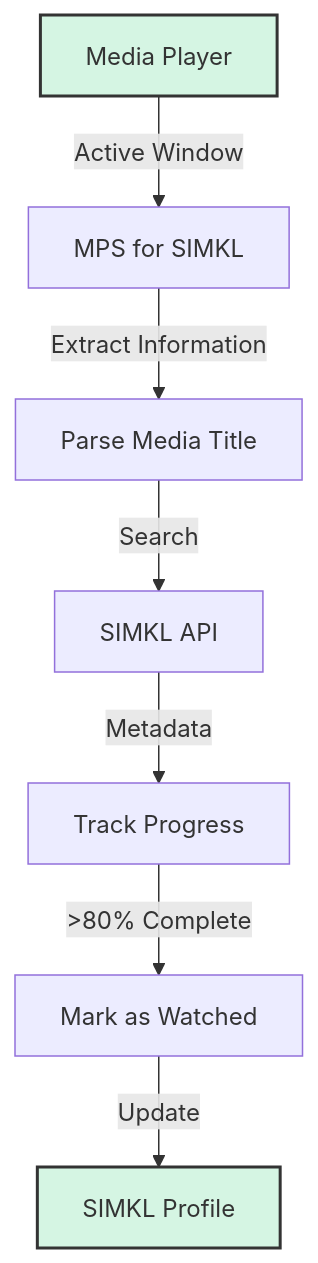
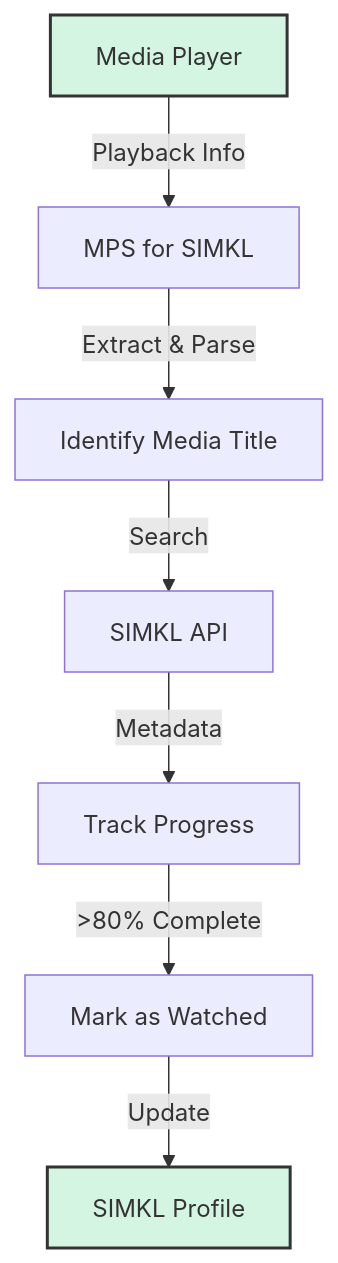
The diagram in docs/index.md (ByteTrix/Media-Player-Scrobbler-for-Simkl), drawn with Mermaid before and after one commit. The commit also changed other lines of this file and 15 other files, not shown here.

````diff
--- a/docs/index.md
+++ b/docs/index.md
@@ -43,11 +39,11 @@
 ```mermaid
 graph TD
-    A[Media Player] -->|Active Window| B[MPS for SIMKL]
-    B -->|Extract Information| C[Parse Media Title]
+    A[Media Player] -->|Playback Info| B[MPS for SIMKL]
+    B -->|Extract & Parse| C[Identify Media Title]
     C -->|Search| D[SIMKL API]
     D -->|Metadata| E[Track Progress]
     E -->|>80% Complete| F[Mark as Watched]
     F -->|Update| G[SIMKL Profile]
     style A fill:#d5f5e3,stroke:#333,stroke-width:2px
     style G fill:#d5f5e3,stroke:#333,stroke-width:2px
 ```
````
